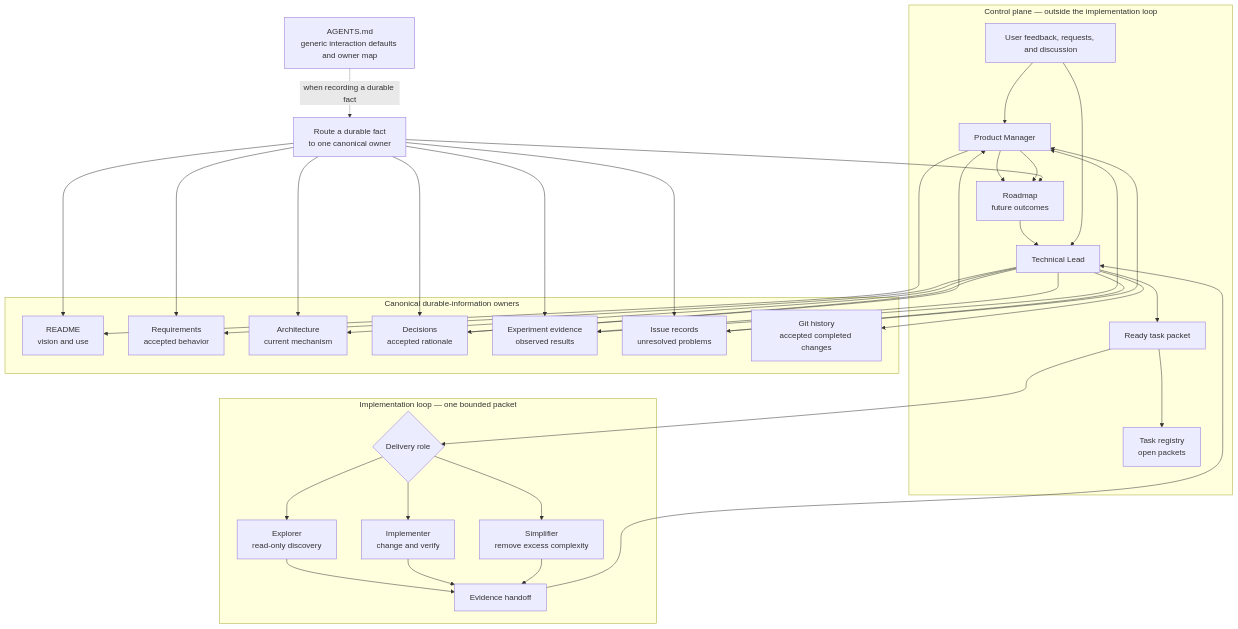
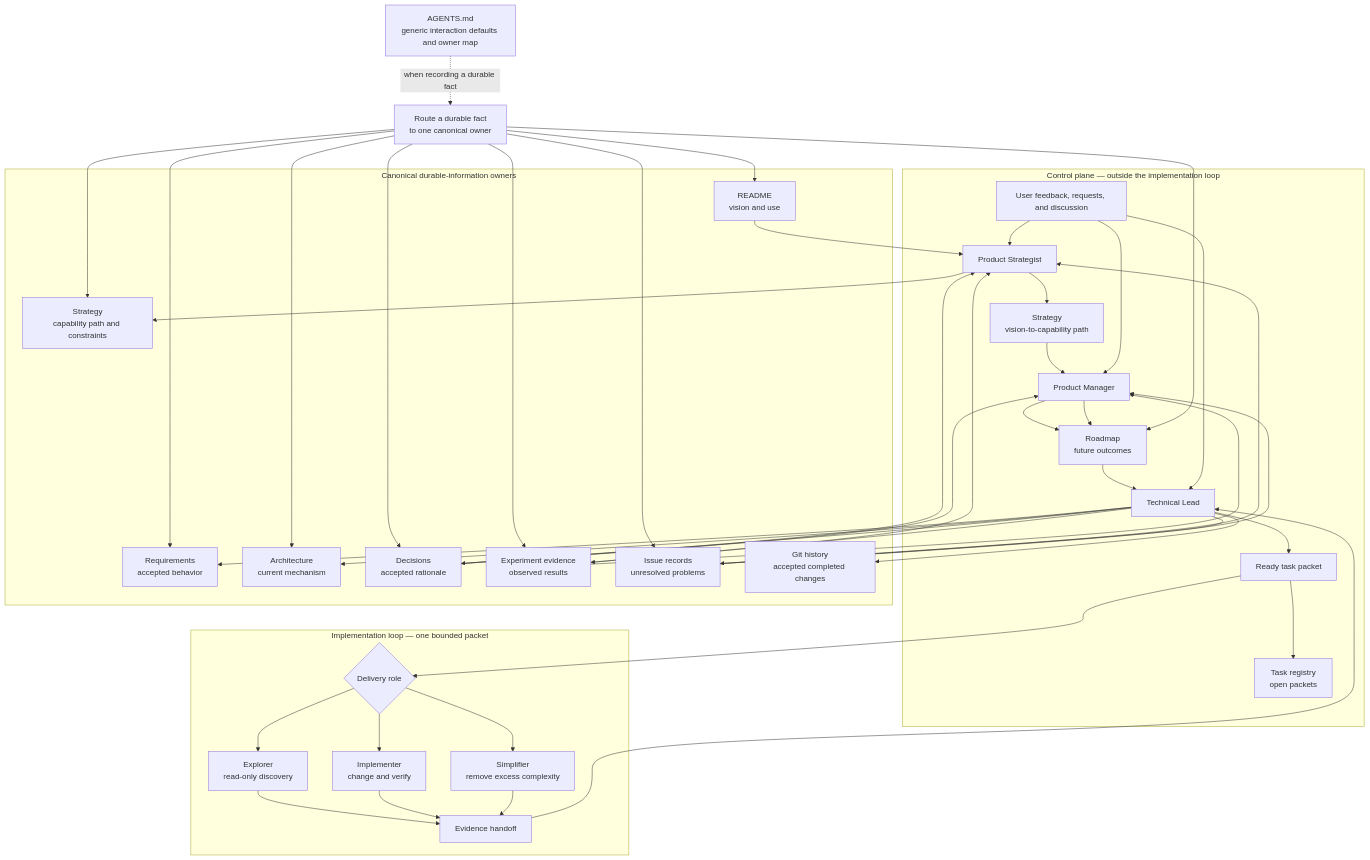
The diagram in docs/information-flow.md (AlexeyNilov/npc), drawn with Mermaid before and after one commit. The commit also changed other lines of this file and 7 other files, not shown here.

````diff
--- a/docs/information-flow.md
+++ b/docs/information-flow.md
@@ -8,70 +8,81 @@
 ```mermaid
 flowchart TB
   User[User feedback, requests, and discussion]
 
   subgraph Control[Control plane — outside the implementation loop]
+    Strategist[Product Strategist]
+    Strategy[Strategy\nvision-to-capability path]
     PM[Product Manager]
     Roadmap[Roadmap\nfuture outcomes]
     TechLead[Technical Lead]
     Packet[Ready task packet]
     Registry[Task registry\nopen packets]
 
+    Strategist --> Strategy
+    Strategy --> PM
     PM --> Roadmap
     Roadmap --> TechLead
+    User --> Strategist
     User --> PM
     User --> TechLead
     TechLead --> Packet
     Packet --> Registry
   end
 
   subgraph Delivery[Implementation loop — one bounded packet]
     Role{Delivery role}
     Explorer[Explorer\nread-only discovery]
     Implementer[Implementer\nchange and verify]
     Simplifier[Simplifier\nremove excess complexity]
     Handoff[Evidence handoff]
 
     Packet --> Role
     Role --> Explorer
     Role --> Implementer
     Role --> Simplifier
     Explorer --> Handoff
     Implementer --> Handoff
     Simplifier --> Handoff
   end
 
   Handoff --> TechLead
 
   subgraph Owners[Canonical durable-information owners]
     Vision[README\nvision and use]
+    StrategyOwner[Strategy\ncapability path and constraints]
     Requirements[Requirements\naccepted behavior]
     Architecture[Architecture\ncurrent mechanism]
     Decisions[Decisions\naccepted rationale]
     Evidence[Experiment evidence\nobserved results]
     Issues[Issue records\nunresolved problems]
     History[Git history\naccepted completed changes]
   end
 
   TechLead --> Requirements
   TechLead --> Architecture
   TechLead --> Decisions
   TechLead --> Evidence
   TechLead --> Issues
   TechLead --> History
-  PM --> Vision
+  Strategist --> StrategyOwner
+  Vision --> Strategist
+  Evidence --> Strategist
+  Issues --> Strategist
+  Decisions --> Strategist
   PM --> Roadmap
   Evidence --> PM
   Issues --> PM
   Decisions --> PM
 
   Policy[AGENTS.md\ngeneric interaction defaults and owner map]
   Route[Route a durable fact\nto one canonical owner]
   Policy -. when recording a durable fact .-> Route
   Route --> Requirements
   Route --> Architecture
   Route --> Decisions
   Route --> Evidence
   Route --> Issues
   Route --> Vision
+  Route --> StrategyOwner
   Route --> Roadmap
 ```
````
